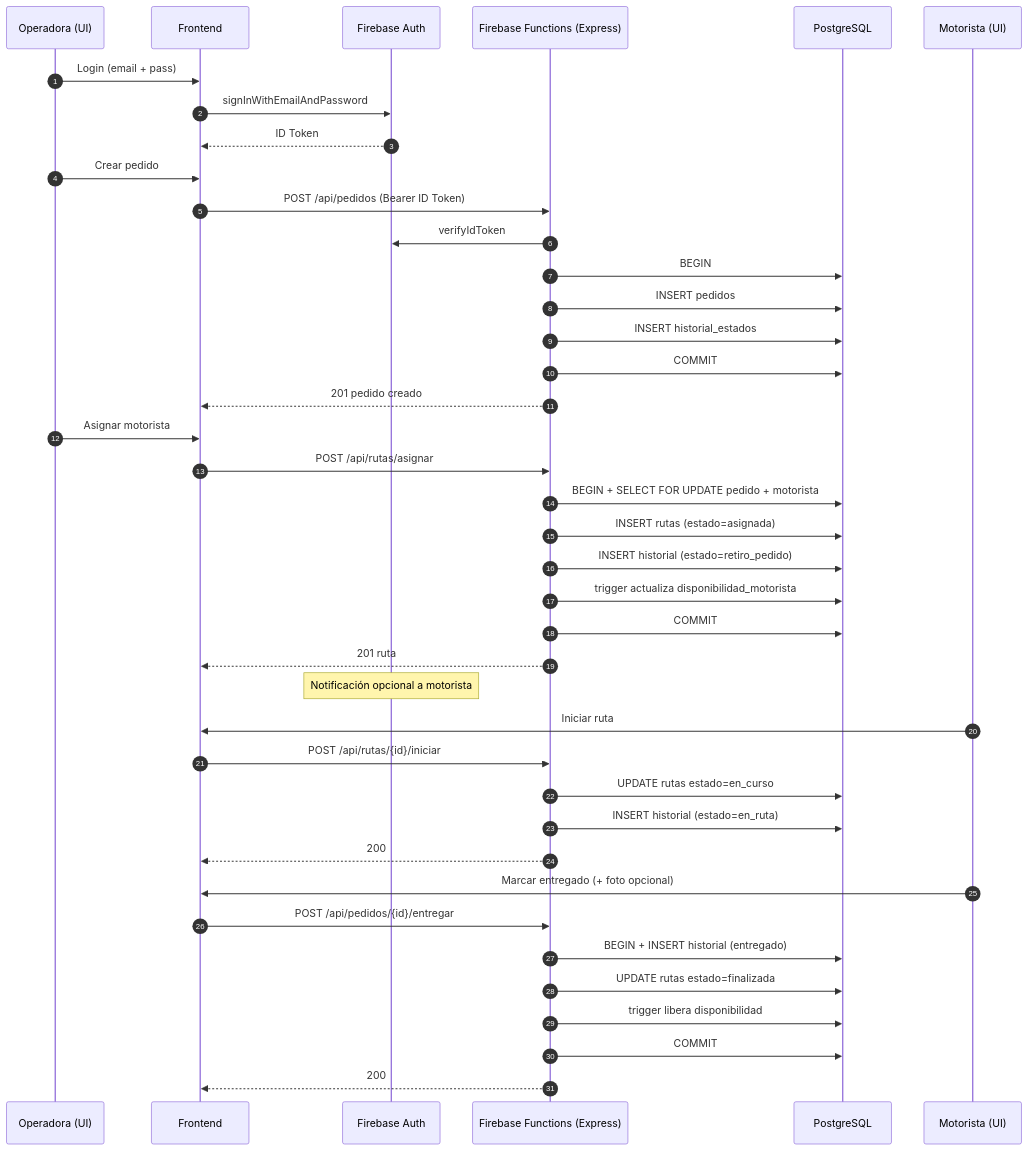
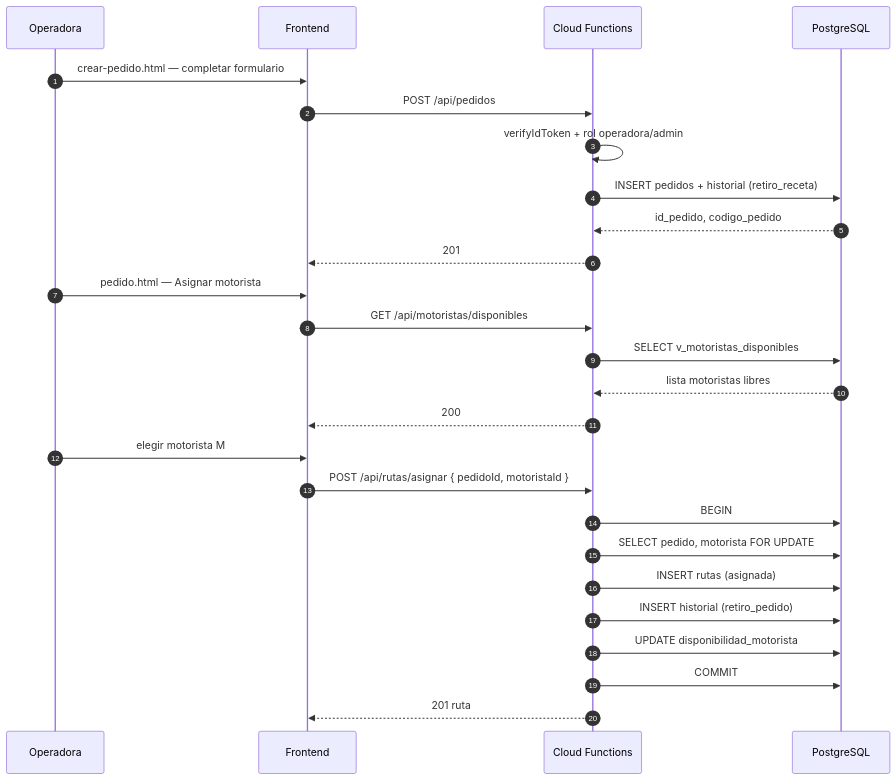
One commit to fazchile17/Discopro-LogiCo changed the fourth of 20 diagrams in Logico/docs/02-arquitectura-4+1.md. Above: the diagram before and after it, drawn with Mermaid. The commit also changed other lines of this file and 45 other files, not shown here.

````diff
--- a/Logico/docs/02-arquitectura-4+1.md
+++ b/Logico/docs/02-arquitectura-4+1.md
@@ -255,46 +306,31 @@
 ```mermaid
 sequenceDiagram
     autonumber
-    participant Op as Operadora (UI)
+    participant Op as Operadora
     participant FE as Frontend
-    participant Auth as Firebase Auth
-    participant Fn as Firebase Functions (Express)
+    participant Fn as Cloud Functions
     participant PG as PostgreSQL
-    participant Mo as Motorista (UI)
 
-    Op->>FE: Login (email + pass)
-    FE->>Auth: signInWithEmailAndPassword
-    Auth-->>FE: ID Token
-    Op->>FE: Crear pedido
-    FE->>Fn: POST /api/pedidos (Bearer ID Token)
-    Fn->>Auth: verifyIdToken
+    Op->>FE: crear-pedido.html — completar formulario
+    FE->>Fn: POST /api/pedidos
+    Fn->>Fn: verifyIdToken + rol operadora/admin
+    Fn->>PG: INSERT pedidos + historial (retiro_receta)
+    PG-->>Fn: id_pedido, codigo_pedido
+    Fn-->>FE: 201
+
+    Op->>FE: pedido.html — Asignar motorista
+    FE->>Fn: GET /api/motoristas/disponibles
+    Fn->>PG: SELECT v_motoristas_disponibles
+    PG-->>Fn: lista motoristas libres
+    Fn-->>FE: 200
+
+    Op->>FE: elegir motorista M
+    FE->>Fn: POST /api/rutas/asignar { pedidoId, motoristaId }
     Fn->>PG: BEGIN
-    Fn->>PG: INSERT pedidos
-    Fn->>PG: INSERT historial_estados
-    Fn->>PG: COMMIT
-    Fn-->>FE: 201 pedido creado
-
-    Op->>FE: Asignar motorista
-    FE->>Fn: POST /api/rutas/asignar
-    Fn->>PG: BEGIN + SELECT FOR UPDATE pedido + motorista
-    Fn->>PG: INSERT rutas (estado=asignada)
-    Fn->>PG: INSERT historial (estado=retiro_pedido)
-    Fn->>PG: trigger actualiza disponibilidad_motorista
+    Fn->>PG: SELECT pedido, motorista FOR UPDATE
+    Fn->>PG: INSERT rutas (asignada)
+    Fn->>PG: INSERT historial (retiro_pedido)
+    Fn->>PG: UPDATE disponibilidad_motorista
     Fn->>PG: COMMIT
     Fn-->>FE: 201 ruta
-    Note over Auth: Notificación opcional a motorista
-
-    Mo->>FE: Iniciar ruta
-    FE->>Fn: POST /api/rutas/{id}/iniciar
-    Fn->>PG: UPDATE rutas estado=en_curso
-    Fn->>PG: INSERT historial (estado=en_ruta)
-    Fn-->>FE: 200
-
-    Mo->>FE: Marcar entregado (+ foto opcional)
-    FE->>Fn: POST /api/pedidos/{id}/entregar
-    Fn->>PG: BEGIN + INSERT historial (entregado)
-    Fn->>PG: UPDATE rutas estado=finalizada
-    Fn->>PG: trigger libera disponibilidad
-    Fn->>PG: COMMIT
-    Fn-->>FE: 200
 ```
````
